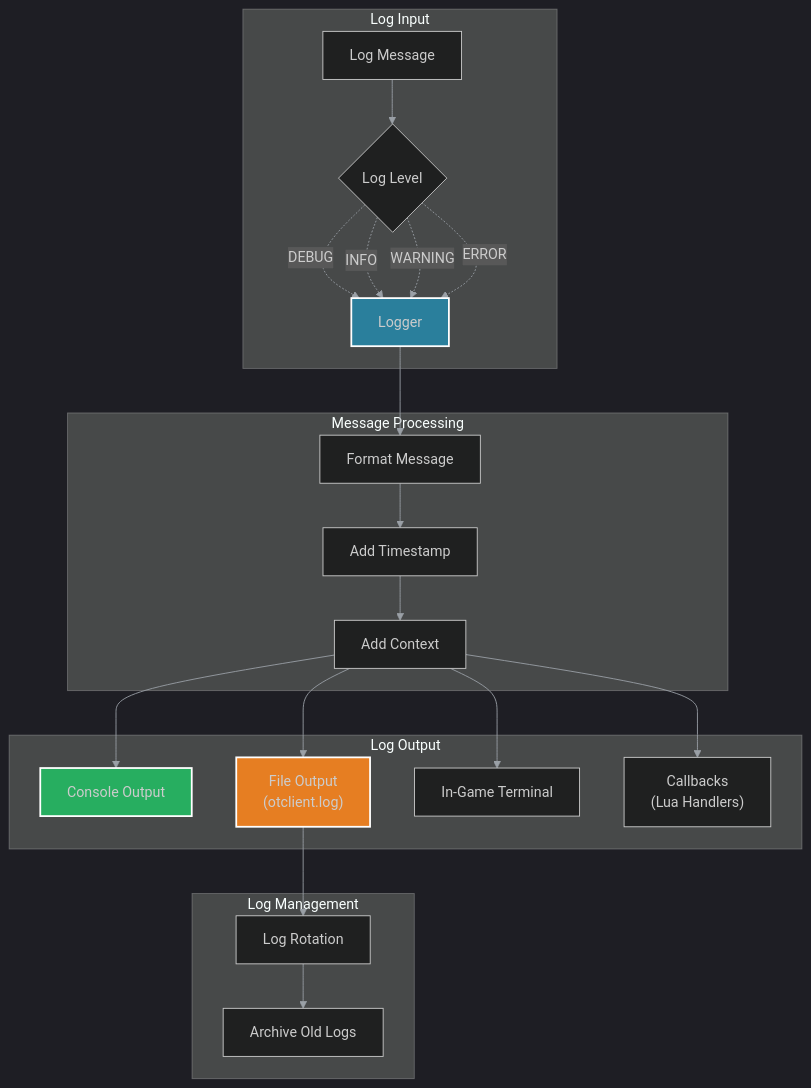
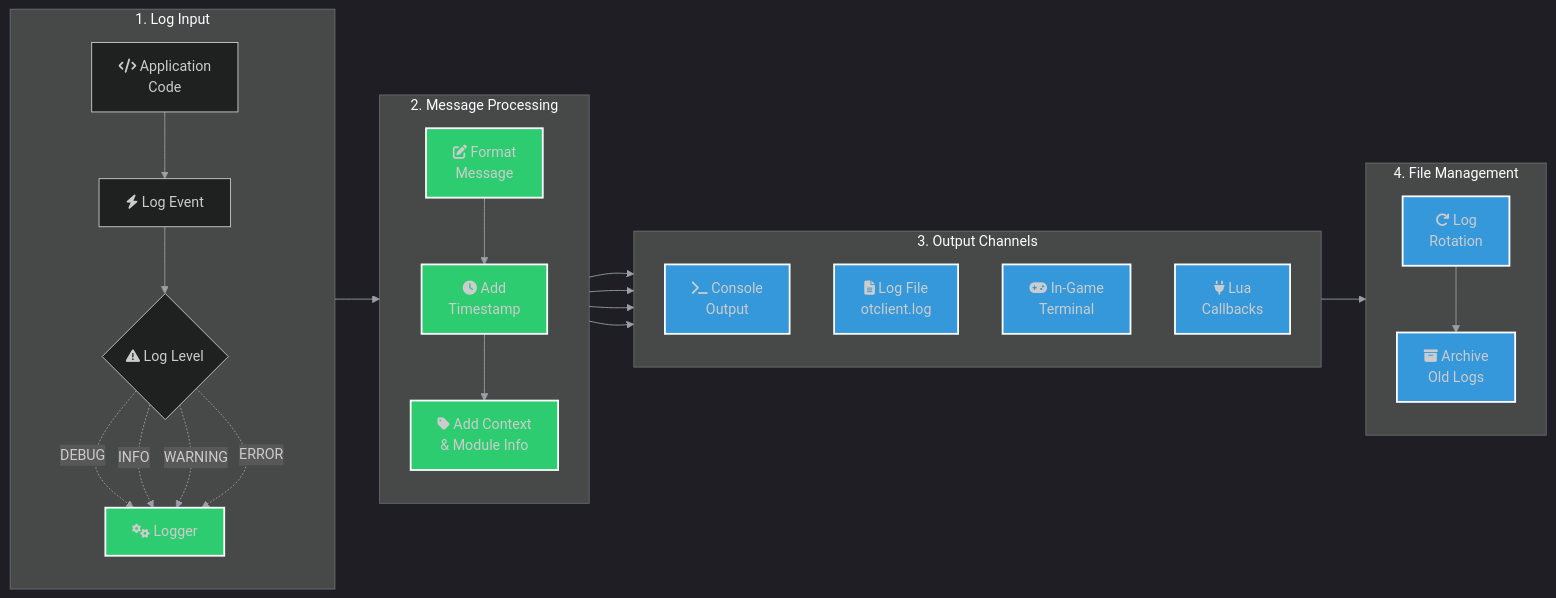
The diagram in docs/authoring/01_core/api/cpp/framework/diagrams/logger.mmd (lukaszj321/otcv8-dev), drawn with Mermaid before and after one commit. The commit also changed 5 other files, not shown here.

First line of the commit message:
docs(diagrams): redesign 6 more diagrams with architectural layer system

```diff
--- a/docs/authoring/01_core/api/cpp/framework/diagrams/logger.mmd
+++ b/docs/authoring/01_core/api/cpp/framework/diagrams/logger.mmd
@@ -1,31 +1,40 @@
 %%{init: {'theme':'dark','themeVariables': {'primaryTextColor':'#ddd','lineColor':'#9aa0a6'},'securityLevel':'loose'}}%%
-graph TD
-    subgraph Input["Log Input"]
-        A["Log Message"] --> B{Log Level}
-        B -.DEBUG.-> C[Logger]
-        B -.INFO.-> C
-        B -.WARNING.-> C
-        B -.ERROR.-> C
+graph LR
+    subgraph Input["1. Log Input"]
+        direction TB
+        A["fa:fa-code Application<br/>Code"] --> B["fa:fa-bolt Log Event"]
+        B --> C{"fa:fa-exclamation-triangle Log Level"}
+        C -.DEBUG.-> D["fa:fa-cogs Logger"]
+        C -.INFO.-> D
+        C -.WARNING.-> D
+        C -.ERROR.-> D
     end
 
-    subgraph Processing["Message Processing"]
-        C --> D["Format Message"]
-        D --> E["Add Timestamp"]
-        E --> F["Add Context"]
+    subgraph Processing["2. Message Processing"]
+        direction TB
+        D --> E["fa:fa-edit Format<br/>Message"]
+        E --> F["fa:fa-clock Add<br/>Timestamp"]
+        F --> G["fa:fa-tag Add Context<br/>&amp; Module Info"]
     end
 
-    subgraph Output["Log Output"]
-        F --> G["Console Output"]
-        F --> H["File Output<br/>(otclient.log)"]
-        F --> I["In-Game Terminal"]
-        F --> J["Callbacks<br/>(Lua Handlers)"]
+    subgraph Output["3. Output Channels"]
+        direction TB
+        G --> H["fa:fa-terminal Console<br/>Output"]
+        G --> I["fa:fa-file-alt Log File<br/>otclient.log"]
+        G --> J["fa:fa-gamepad In-Game<br/>Terminal"]
+        G --> K["fa:fa-plug Lua<br/>Callbacks"]
     end
 
-    subgraph Management["Log Management"]
-        H --> K["Log Rotation"]
-        K --> L["Archive Old Logs"]
+    subgraph Management["4. File Management"]
+        direction TB
+        I --> L["fa:fa-redo Log<br/>Rotation"]
+        L --> M["fa:fa-archive Archive<br/>Old Logs"]
     end
 
-    style C fill:#2a7f9c,stroke:#fff,stroke-width:2px
-    style G fill:#27ae60,stroke:#fff,stroke-width:2px
-    style H fill:#e67e22,stroke:#fff,stroke-width:2px
+    %% Architectural Layer Colors
+    classDef subsystem fill:#2ecc71,stroke:#fff,stroke-width:2px
+    classDef core fill:#3498db,stroke:#fff,stroke-width:2px
+    
+    %% Apply styles
+    class D,E,F,G subsystem
+    class H,I,J,K,L,M core
```
